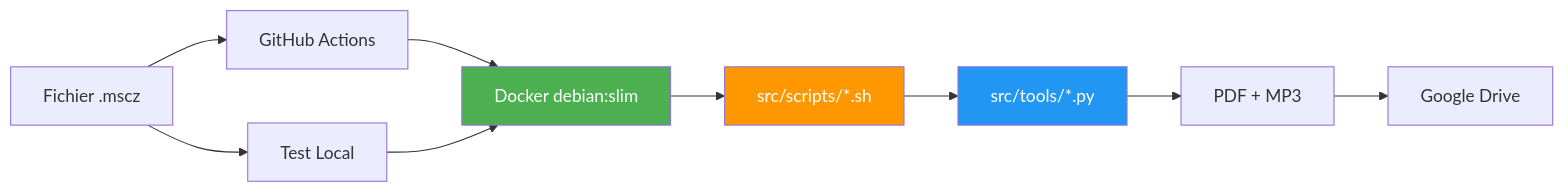
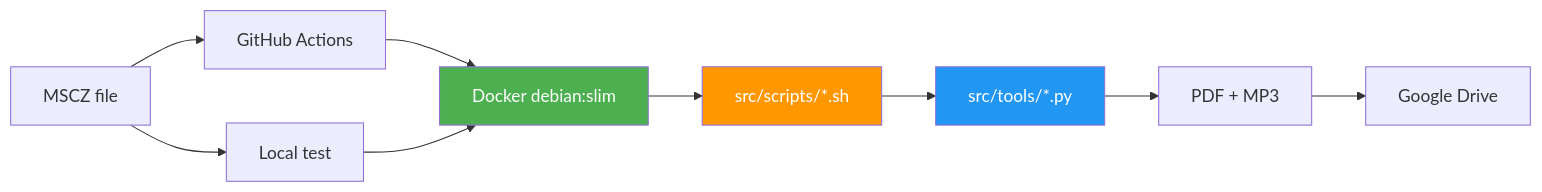
The diagram in README.md (corentinlange/musescore_to_drive), drawn with Mermaid before and after one commit. The commit also changed other lines of this file and 3 other files, not shown here.

````diff
--- a/README.md
+++ b/README.md
@@ -74,18 +36,18 @@
 ```mermaid
 graph LR
-    A[Fichier .mscz] --> B[GitHub Actions]
-    A --> C[Test Local]
+    A[MSCZ file] --> B[GitHub Actions]
+    A --> C[Local test]
     
     B --> D[Docker debian:slim]
     C --> D
     
     D --> E[src/scripts/*.sh]
     E --> F[src/tools/*.py]
     
     F --> G[PDF + MP3]
     G --> H[Google Drive]
     
     style D fill:#4CAF50,color:#fff
     style E fill:#FF9800,color:#fff
     style F fill:#2196F3,color:#fff
 ```
````
